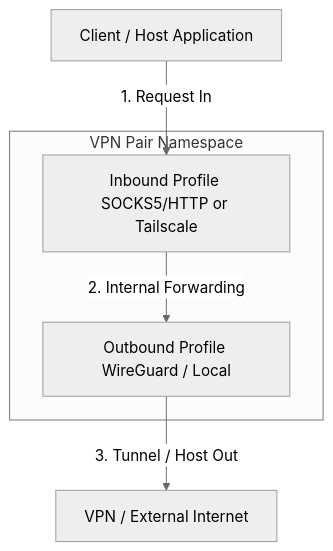
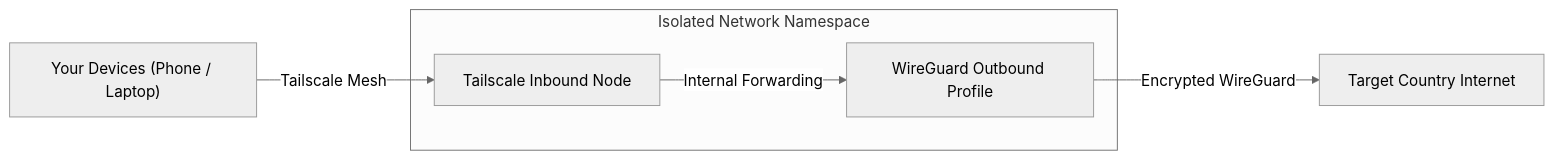
Before and after one commit to quaywin/hermit: the diagram in README.md, drawn with Mermaid (neutral theme). The commit also changed other lines of this file, not shown here.

````diff
--- a/README.md
+++ b/README.md
@@ -51,8 +103,8 @@
 ```mermaid
-flowchart TD
-    Client[Client / Host Application] -->|1. Request In| Inbound[Inbound Profile SOCKS5/HTTP or Tailscale]
-    subgraph NetNS [VPN Pair Namespace]
-        Inbound -->|2. Internal Forwarding| Outbound[Outbound Profile WireGuard / Local]
+flowchart LR
+    Client["Your Devices (Phone / Laptop)"] -->|Tailscale Mesh| Inbound["Tailscale Inbound Node"]
+    subgraph NetNS ["Isolated Network Namespace"]
+        Inbound -->|Internal Forwarding| Outbound["WireGuard Outbound Profile"]
     end
-    Outbound -->|3. Tunnel / Host Out| Internet[VPN / External Internet]
+    Outbound -->|Encrypted WireGuard| Internet["Target Country Internet"]
 ```
````
